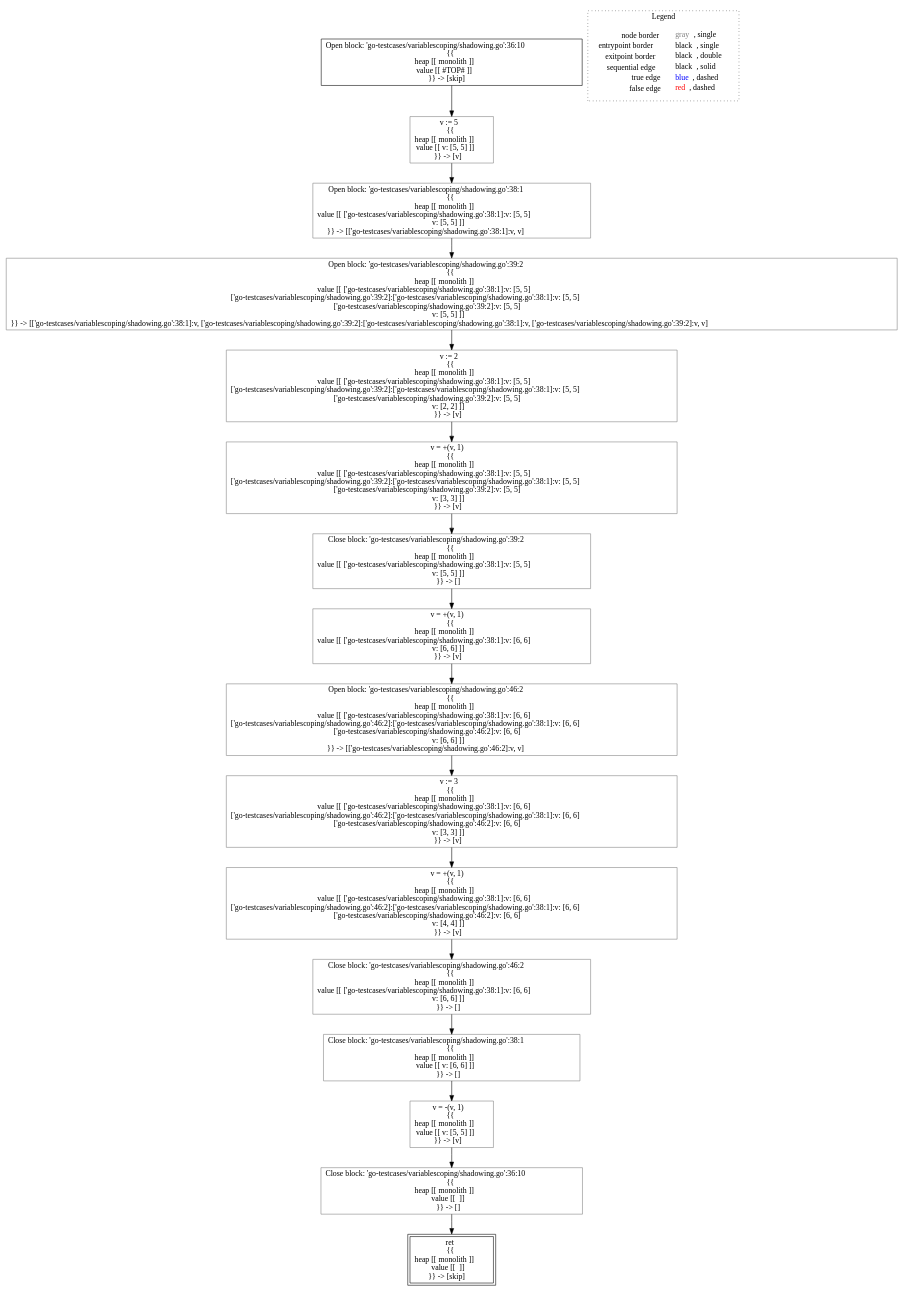
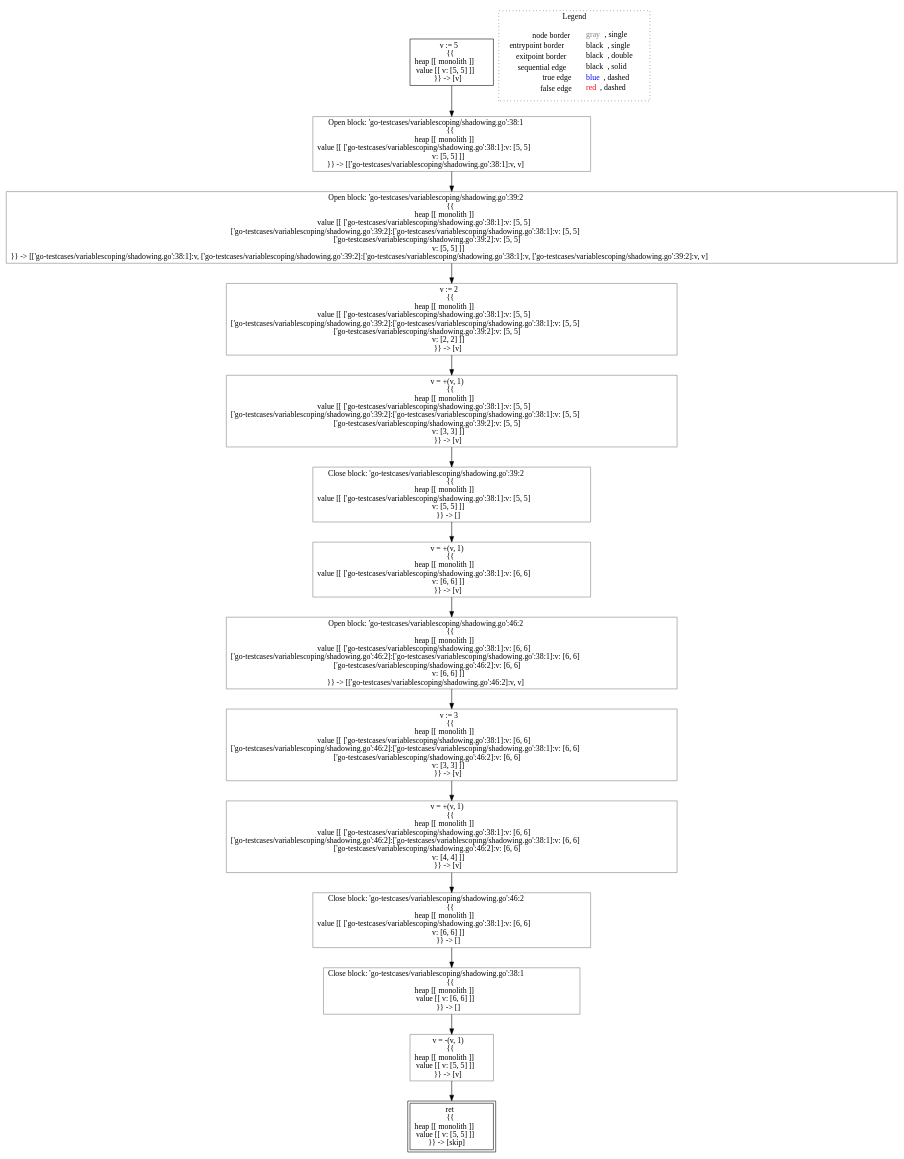
Before and after one commit to lisa-analyzer/go-lisa: the diagram in go-lisa/go-testcases/variablescoping/analysis___untyped_~LiSAProgram.m4().dot, drawn with Graphviz. The commit also changed 8 other files, not shown here.

Commit message:
fixing open and close blocks on functions and methods

```diff
--- a/go-lisa/go-testcases/variablescoping/analysis___untyped_~LiSAProgram.m4().dot
+++ b/go-lisa/go-testcases/variablescoping/analysis___untyped_~LiSAProgram.m4().dot
@@ -1,40 +1,36 @@
 digraph {
-	"node0" [shape="rect",color="black",label=<Open block: 'go-testcases/variablescoping/shadowing.go':36:10<BR/>{{<BR/>heap [[ monolith ]]<BR/>value [[ #TOP# ]]<BR/>}} -&gt; [skip]>];
+	"node0" [shape="rect",color="black",label=<v := 5<BR/>{{<BR/>heap [[ monolith ]]<BR/>value [[ v: [5, 5] ]]<BR/>}} -&gt; [v]>];
 	"node1" [shape="rect",color="gray",label=<Close block: 'go-testcases/variablescoping/shadowing.go':39:2<BR/>{{<BR/>heap [[ monolith ]]<BR/>value [[ ['go-testcases/variablescoping/shadowing.go':38:1]:v: [5, 5]<BR/>v: [5, 5] ]]<BR/>}} -&gt; []>];
-	"node2" [shape="rect",color="gray",label=<v = -(v, 1)<BR/>{{<BR/>heap [[ monolith ]]<BR/>value [[ v: [5, 5] ]]<BR/>}} -&gt; [v]>];
-	"node3" [shape="rect",color="gray",label=<Open block: 'go-testcases/variablescoping/shadowing.go':46:2<BR/>{{<BR/>heap [[ monolith ]]<BR/>value [[ ['go-testcases/variablescoping/shadowing.go':38:1]:v: [6, 6]<BR/>['go-testcases/variablescoping/shadowing.go':46:2]:['go-testcases/variablescoping/shadowing.go':38:1]:v: [6, 6]<BR/>['go-testcases/variablescoping/shadowing.go':46:2]:v: [6, 6]<BR/>v: [6, 6] ]]<BR/>}} -&gt; [['go-testcases/variablescoping/shadowing.go':46:2]:v, v]>];
-	"node4" [shape="rect",color="gray",label=<Close block: 'go-testcases/variablescoping/shadowing.go':46:2<BR/>{{<BR/>heap [[ monolith ]]<BR/>value [[ ['go-testcases/variablescoping/shadowing.go':38:1]:v: [6, 6]<BR/>v: [6, 6] ]]<BR/>}} -&gt; []>];
-	"node5" [shape="rect",color="gray",label=<v = +(v, 1)<BR/>{{<BR/>heap [[ monolith ]]<BR/>value [[ ['go-testcases/variablescoping/shadowing.go':38:1]:v: [5, 5]<BR/>['go-testcases/variablescoping/shadowing.go':39:2]:['go-testcases/variablescoping/shadowing.go':38:1]:v: [5, 5]<BR/>['go-testcases/variablescoping/shadowing.go':39:2]:v: [5, 5]<BR/>v: [3, 3] ]]<BR/>}} -&gt; [v]>];
-	"node6" [shape="rect",color="gray",label=<Open block: 'go-testcases/variablescoping/shadowing.go':38:1<BR/>{{<BR/>heap [[ monolith ]]<BR/>value [[ ['go-testcases/variablescoping/shadowing.go':38:1]:v: [5, 5]<BR/>v: [5, 5] ]]<BR/>}} -&gt; [['go-testcases/variablescoping/shadowing.go':38:1]:v, v]>];
-	"node7" [shape="rect",color="gray",label=<Open block: 'go-testcases/variablescoping/shadowing.go':39:2<BR/>{{<BR/>heap [[ monolith ]]<BR/>value [[ ['go-testcases/variablescoping/shadowing.go':38:1]:v: [5, 5]<BR/>['go-testcases/variablescoping/shadowing.go':39:2]:['go-testcases/variablescoping/shadowing.go':38:1]:v: [5, 5]<BR/>['go-testcases/variablescoping/shadowing.go':39:2]:v: [5, 5]<BR/>v: [5, 5] ]]<BR/>}} -&gt; [['go-testcases/variablescoping/shadowing.go':38:1]:v, ['go-testcases/variablescoping/shadowing.go':39:2]:['go-testcases/variablescoping/shadowing.go':38:1]:v, ['go-testcases/variablescoping/shadowing.go':39:2]:v, v]>];
-	"node8" [shape="rect",color="gray",label=<v := 2<BR/>{{<BR/>heap [[ monolith ]]<BR/>value [[ ['go-testcases/variablescoping/shadowing.go':38:1]:v: [5, 5]<BR/>['go-testcases/variablescoping/shadowing.go':39:2]:['go-testcases/variablescoping/shadowing.go':38:1]:v: [5, 5]<BR/>['go-testcases/variablescoping/shadowing.go':39:2]:v: [5, 5]<BR/>v: [2, 2] ]]<BR/>}} -&gt; [v]>];
+	"node2" [shape="rect",color="gray",label=<Open block: 'go-testcases/variablescoping/shadowing.go':46:2<BR/>{{<BR/>heap [[ monolith ]]<BR/>value [[ ['go-testcases/variablescoping/shadowing.go':38:1]:v: [6, 6]<BR/>['go-testcases/variablescoping/shadowing.go':46:2]:['go-testcases/variablescoping/shadowing.go':38:1]:v: [6, 6]<BR/>['go-testcases/variablescoping/shadowing.go':46:2]:v: [6, 6]<BR/>v: [6, 6] ]]<BR/>}} -&gt; [['go-testcases/variablescoping/shadowing.go':46:2]:v, v]>];
+	"node3" [shape="rect",color="gray",label=<Close block: 'go-testcases/variablescoping/shadowing.go':46:2<BR/>{{<BR/>heap [[ monolith ]]<BR/>value [[ ['go-testcases/variablescoping/shadowing.go':38:1]:v: [6, 6]<BR/>v: [6, 6] ]]<BR/>}} -&gt; []>];
+	"node4" [shape="rect",color="gray",label=<v = -(v, 1)<BR/>{{<BR/>heap [[ monolith ]]<BR/>value [[ v: [5, 5] ]]<BR/>}} -&gt; [v]>];
+	"node5" [shape="rect",color="gray",label=<Open block: 'go-testcases/variablescoping/shadowing.go':38:1<BR/>{{<BR/>heap [[ monolith ]]<BR/>value [[ ['go-testcases/variablescoping/shadowing.go':38:1]:v: [5, 5]<BR/>v: [5, 5] ]]<BR/>}} -&gt; [['go-testcases/variablescoping/shadowing.go':38:1]:v, v]>];
+	"node6" [shape="rect",color="gray",label=<Open block: 'go-testcases/variablescoping/shadowing.go':39:2<BR/>{{<BR/>heap [[ monolith ]]<BR/>value [[ ['go-testcases/variablescoping/shadowing.go':38:1]:v: [5, 5]<BR/>['go-testcases/variablescoping/shadowing.go':39:2]:['go-testcases/variablescoping/shadowing.go':38:1]:v: [5, 5]<BR/>['go-testcases/variablescoping/shadowing.go':39:2]:v: [5, 5]<BR/>v: [5, 5] ]]<BR/>}} -&gt; [['go-testcases/variablescoping/shadowing.go':38:1]:v, ['go-testcases/variablescoping/shadowing.go':39:2]:['go-testcases/variablescoping/shadowing.go':38:1]:v, ['go-testcases/variablescoping/shadowing.go':39:2]:v, v]>];
+	"node7" [shape="rect",color="gray",label=<v = +(v, 1)<BR/>{{<BR/>heap [[ monolith ]]<BR/>value [[ ['go-testcases/variablescoping/shadowing.go':38:1]:v: [6, 6]<BR/>['go-testcases/variablescoping/shadowing.go':46:2]:['go-testcases/variablescoping/shadowing.go':38:1]:v: [6, 6]<BR/>['go-testcases/variablescoping/shadowing.go':46:2]:v: [6, 6]<BR/>v: [4, 4] ]]<BR/>}} -&gt; [v]>];
+	"node8" [shape="rect",color="gray",label=<v = +(v, 1)<BR/>{{<BR/>heap [[ monolith ]]<BR/>value [[ ['go-testcases/variablescoping/shadowing.go':38:1]:v: [6, 6]<BR/>v: [6, 6] ]]<BR/>}} -&gt; [v]>];
 	"node9" [shape="rect",color="gray",label=<v := 3<BR/>{{<BR/>heap [[ monolith ]]<BR/>value [[ ['go-testcases/variablescoping/shadowing.go':38:1]:v: [6, 6]<BR/>['go-testcases/variablescoping/shadowing.go':46:2]:['go-testcases/variablescoping/shadowing.go':38:1]:v: [6, 6]<BR/>['go-testcases/variablescoping/shadowing.go':46:2]:v: [6, 6]<BR/>v: [3, 3] ]]<BR/>}} -&gt; [v]>];
-	"node10" [shape="rect",color="gray",label=<v = +(v, 1)<BR/>{{<BR/>heap [[ monolith ]]<BR/>value [[ ['go-testcases/variablescoping/shadowing.go':38:1]:v: [6, 6]<BR/>v: [6, 6] ]]<BR/>}} -&gt; [v]>];
+	"node10" [shape="rect",color="gray",label=<v := 2<BR/>{{<BR/>heap [[ monolith ]]<BR/>value [[ ['go-testcases/variablescoping/shadowing.go':38:1]:v: [5, 5]<BR/>['go-testcases/variablescoping/shadowing.go':39:2]:['go-testcases/variablescoping/shadowing.go':38:1]:v: [5, 5]<BR/>['go-testcases/variablescoping/shadowing.go':39:2]:v: [5, 5]<BR/>v: [2, 2] ]]<BR/>}} -&gt; [v]>];
 	"node11" [shape="rect",color="gray",label=<Close block: 'go-testcases/variablescoping/shadowing.go':38:1<BR/>{{<BR/>heap [[ monolith ]]<BR/>value [[ v: [6, 6] ]]<BR/>}} -&gt; []>];
-	"node12" [shape="rect",color="black",peripheries="2",label=<ret<BR/>{{<BR/>heap [[ monolith ]]<BR/>value [[  ]]<BR/>}} -&gt; [skip]>];
-	"node13" [shape="rect",color="gray",label=<Close block: 'go-testcases/variablescoping/shadowing.go':36:10<BR/>{{<BR/>heap [[ monolith ]]<BR/>value [[  ]]<BR/>}} -&gt; []>];
-	"node14" [shape="rect",color="gray",label=<v = +(v, 1)<BR/>{{<BR/>heap [[ monolith ]]<BR/>value [[ ['go-testcases/variablescoping/shadowing.go':38:1]:v: [6, 6]<BR/>['go-testcases/variablescoping/shadowing.go':46:2]:['go-testcases/variablescoping/shadowing.go':38:1]:v: [6, 6]<BR/>['go-testcases/variablescoping/shadowing.go':46:2]:v: [6, 6]<BR/>v: [4, 4] ]]<BR/>}} -&gt; [v]>];
-	"node15" [shape="rect",color="gray",label=<v := 5<BR/>{{<BR/>heap [[ monolith ]]<BR/>value [[ v: [5, 5] ]]<BR/>}} -&gt; [v]>];
-	"node1" -> "node10" [color="black"];
-	"node2" -> "node13" [color="black"];
-	"node3" -> "node9" [color="black"];
-	"node4" -> "node11" [color="black"];
-	"node5" -> "node1" [color="black"];
-	"node6" -> "node7" [color="black"];
-	"node7" -> "node8" [color="black"];
-	"node0" -> "node15" [color="black"];
-	"node8" -> "node5" [color="black"];
-	"node9" -> "node14" [color="black"];
-	"node10" -> "node3" [color="black"];
-	"node11" -> "node2" [color="black"];
-	"node13" -> "node12" [color="black"];
-	"node14" -> "node4" [color="black"];
-	"node15" -> "node6" [color="black"];
+	"node12" [shape="rect",color="black",peripheries="2",label=<ret<BR/>{{<BR/>heap [[ monolith ]]<BR/>value [[ v: [5, 5] ]]<BR/>}} -&gt; [skip]>];
+	"node13" [shape="rect",color="gray",label=<v = +(v, 1)<BR/>{{<BR/>heap [[ monolith ]]<BR/>value [[ ['go-testcases/variablescoping/shadowing.go':38:1]:v: [5, 5]<BR/>['go-testcases/variablescoping/shadowing.go':39:2]:['go-testcases/variablescoping/shadowing.go':38:1]:v: [5, 5]<BR/>['go-testcases/variablescoping/shadowing.go':39:2]:v: [5, 5]<BR/>v: [3, 3] ]]<BR/>}} -&gt; [v]>];
+	"node1" -> "node8" [color="black"];
+	"node2" -> "node9" [color="black"];
+	"node3" -> "node11" [color="black"];
+	"node0" -> "node5" [color="black"];
+	"node4" -> "node12" [color="black"];
+	"node5" -> "node6" [color="black"];
+	"node6" -> "node10" [color="black"];
+	"node7" -> "node3" [color="black"];
+	"node8" -> "node2" [color="black"];
+	"node9" -> "node7" [color="black"];
+	"node10" -> "node13" [color="black"];
+	"node11" -> "node4" [color="black"];
+	"node13" -> "node1" [color="black"];
 subgraph cluster_legend {
 	label="Legend";
 	style=dotted;
 	node [shape=plaintext];
 	"legend" [label=<<table border="0" cellpadding="2" cellspacing="0" cellborder="0"><tr><td align="right">node border&nbsp;</td><td align="left"><font color="gray">gray</font>, single</td></tr><tr><td align="right">entrypoint border&nbsp;</td><td align="left"><font color="black">black</font>, single</td></tr><tr><td align="right">exitpoint border&nbsp;</td><td align="left"><font color="black">black</font>, double</td></tr><tr><td align="right">sequential edge&nbsp;</td><td align="left"><font color="black">black</font>, solid</td></tr><tr><td align="right">true edge&nbsp;</td><td align="left"><font color="blue">blue</font>, dashed</td></tr><tr><td align="right">false edge&nbsp;</td><td align="left"><font color="red">red</font>, dashed</td></tr></table>>];
 }
 
 }
```
